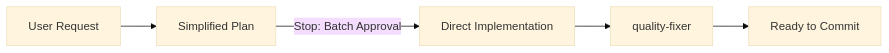
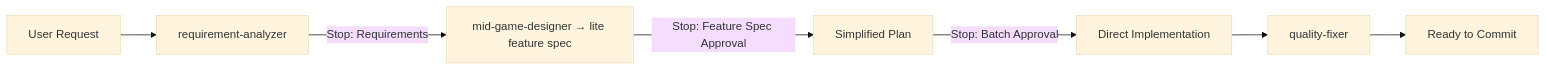
One commit to tundraray/overture changed the sixth of 10 diagrams in docs/overture/gamedev-workflows.md. Above: the diagram before and after it, drawn with Mermaid (base theme). The commit also changed other lines of this file and 174 other files, not shown here.

````diff
--- a/docs/overture/gamedev-workflows.md
+++ b/docs/overture/gamedev-workflows.md
@@ -207,7 +231,9 @@
 ```mermaid
 graph LR
-    A[User Request] --> B[Simplified Plan]
+    A[User Request] --> RA[requirement-analyzer]
+    RA --> |"Stop: Requirements"| FS[mid-game-designer → lite feature spec]
+    FS --> |"Stop: Feature Spec Approval"| B[Simplified Plan]
     B --> |"Stop: Batch Approval"| C[Direct Implementation]
     C --> D[quality-fixer]
     D --> E[Ready to Commit]
 ```
````
